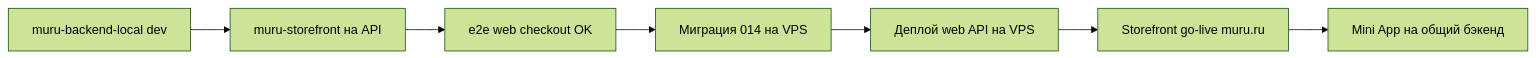
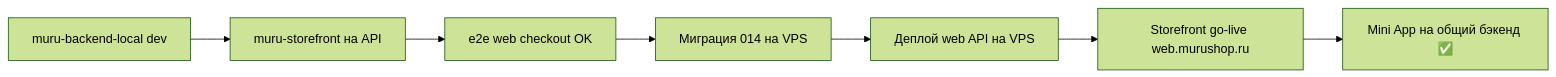
One commit to VasiliiLbyte/muru-docs changed the diagram in DEPLOY.md. Above: the diagram before and after it, drawn with Mermaid (forest theme). The commit also changed other lines of this file and 4 other files, not shown here.

````diff
--- a/DEPLOY.md
+++ b/DEPLOY.md
@@ -224,9 +282,9 @@
 ```mermaid
 flowchart LR
   A[muru-backend-local dev] --> B[muru-storefront на API]
   B --> C[e2e web checkout OK]
   C --> D[Миграция 014 на VPS]
   D --> E[Деплой web API на VPS]
-  E --> F[Storefront go-live muru.ru]
-  F --> G[Mini App на общий бэкенд]
+  E --> F[Storefront go-live web.murushop.ru]
+  F --> G[Mini App на общий бэкенд ✅]
 ```
````
